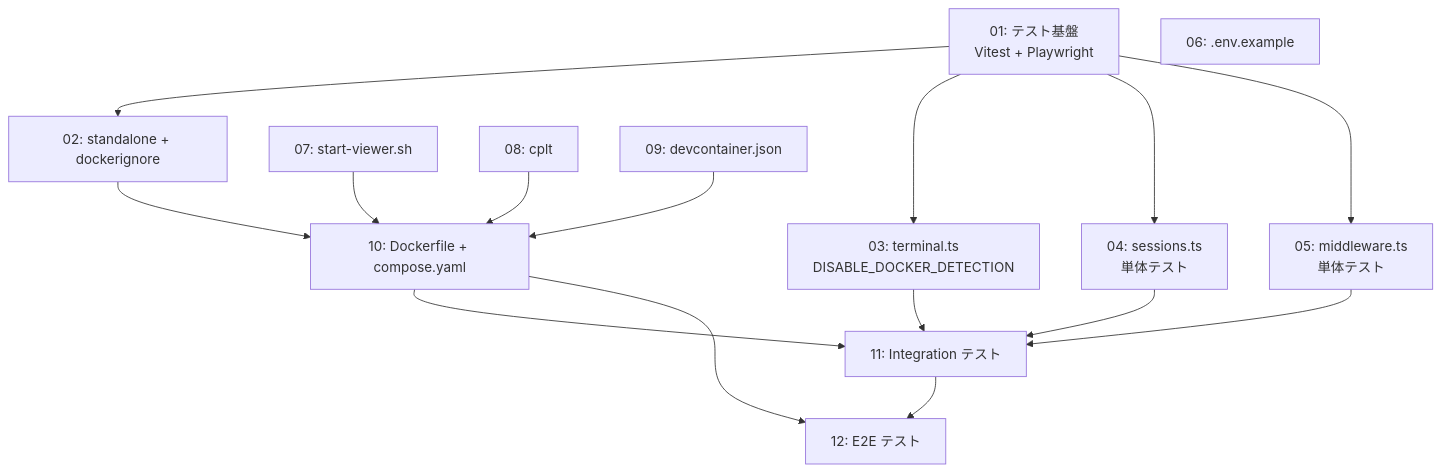
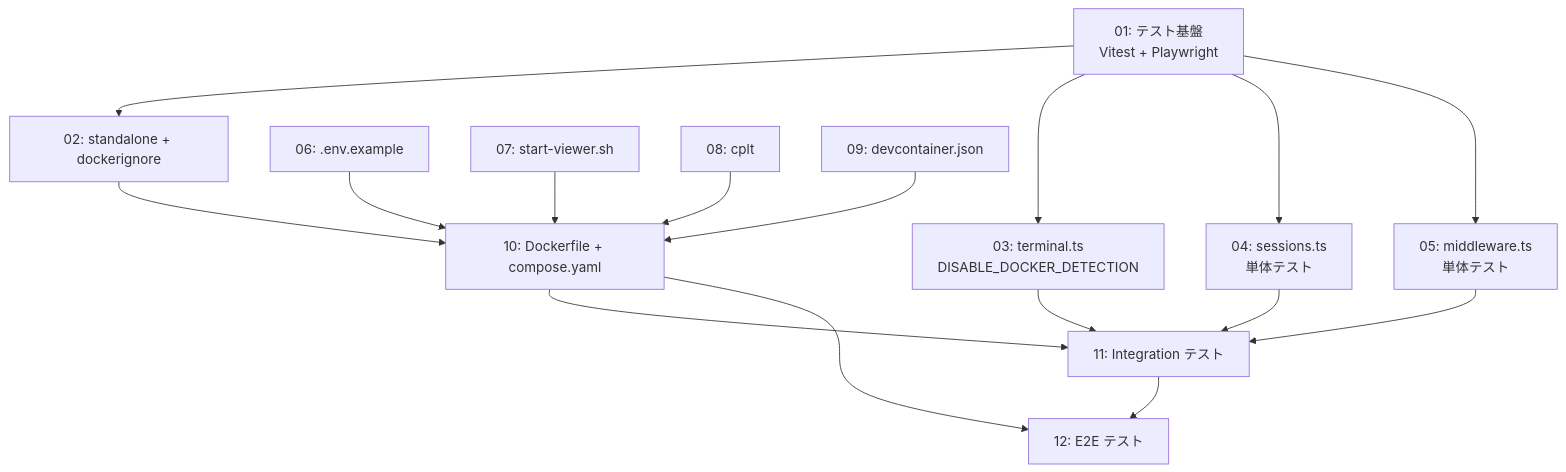
Before and after one commit to NagasakaH/dev-process: the diagram in docs/copilot-session-viewer/plan/task-list.md, drawn with Mermaid. The commit also changed other lines of this file and 9 other files, not shown here.

````diff
--- a/docs/copilot-session-viewer/plan/task-list.md
+++ b/docs/copilot-session-viewer/plan/task-list.md
@@ -36,33 +36,34 @@
 ```mermaid
 graph TD
     T01["01: テスト基盤<br/>Vitest + Playwright"]
     T02["02: standalone + dockerignore"]
     T03["03: terminal.ts<br/>DISABLE_DOCKER_DETECTION"]
     T04["04: sessions.ts<br/>単体テスト"]
     T05["05: middleware.ts<br/>単体テスト"]
     T06["06: .env.example"]
     T07["07: start-viewer.sh"]
     T08["08: cplt"]
     T09["09: devcontainer.json"]
     T10["10: Dockerfile + compose.yaml"]
     T11["11: Integration テスト"]
     T12["12: E2E テスト"]
 
     T01 --> T02
     T01 --> T03
     T01 --> T04
     T01 --> T05
 
+    T06 --> T10
     T02 --> T10
     T07 --> T10
     T08 --> T10
     T09 --> T10
 
     T03 --> T11
     T04 --> T11
     T05 --> T11
     T10 --> T11
 
     T10 --> T12
     T11 --> T12
 ```
````
